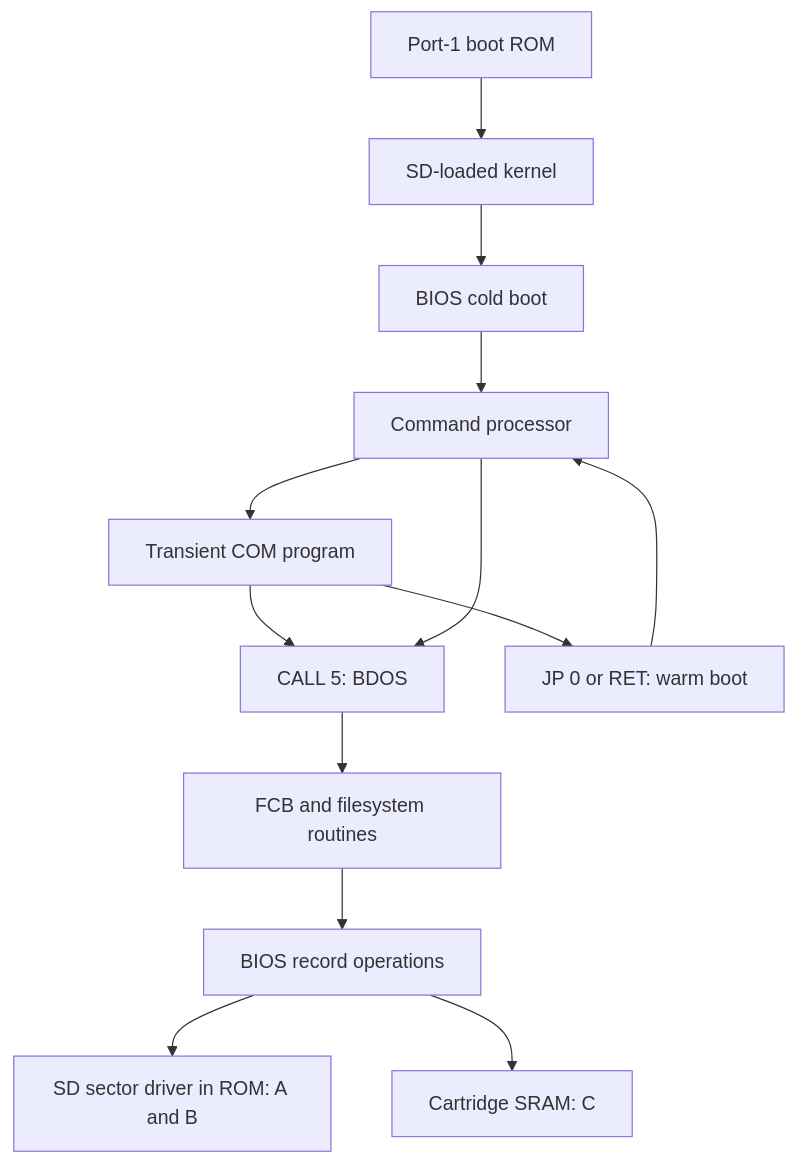
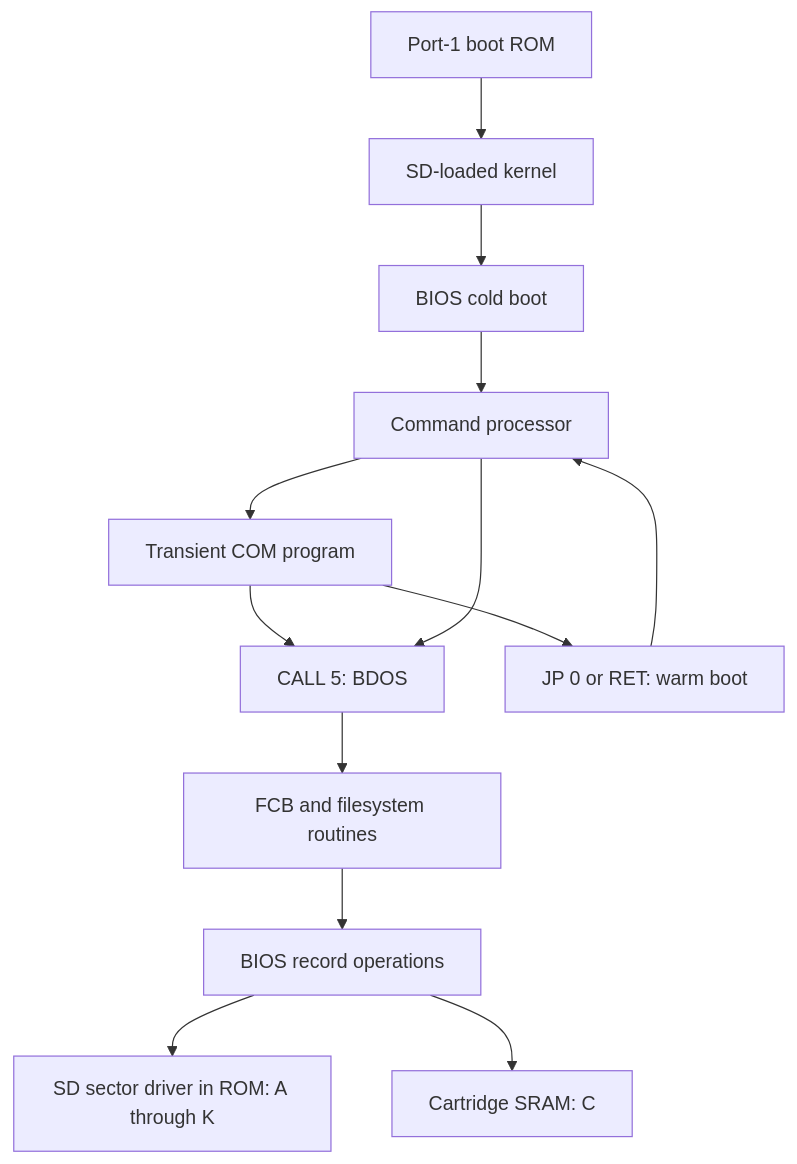
The diagram in docs/source-guide.md (ifilot/p2000m-cpm), drawn with Mermaid before and after one commit. The commit also changed other lines of this file and 31 other files, not shown here.

````diff
--- a/docs/source-guide.md
+++ b/docs/source-guide.md
@@ -11,15 +11,15 @@
 ```mermaid
 flowchart TD
     ROM[Port-1 boot ROM] --> Kernel[SD-loaded kernel]
     Kernel --> Cold[BIOS cold boot]
     Cold --> CCP[Command processor]
     CCP --> COM[Transient COM program]
     COM --> BDOS[CALL 5: BDOS]
     CCP --> BDOS
     BDOS --> FS[FCB and filesystem routines]
     FS --> BIOS[BIOS record operations]
-    BIOS --> SD[SD sector driver in ROM: A and B]
+    BIOS --> SD[SD sector driver in ROM: A through K]
     BIOS --> RAM[Cartridge SRAM: C]
     COM --> Warm[JP 0 or RET: warm boot]
     Warm --> CCP
 ```
````
